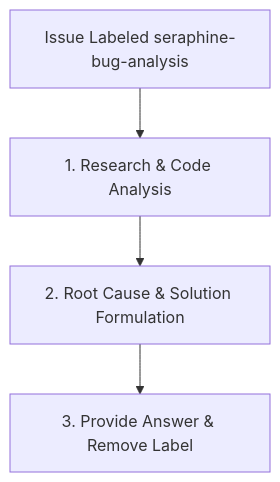
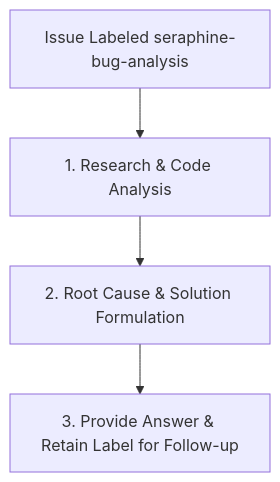
One commit to brotherlogic/seraphine changed the diagram in .agent/workflows/seraphine-bug-analysis.md. Above: the diagram before and after it, drawn with Mermaid. The commit also changed other lines of this file and 1 other file, not shown here.

Commit message:
Fix: retain seraphine-bug-analysis label for conversation. Closes #197 (#198)

````diff
--- a/.agent/workflows/seraphine-bug-analysis.md
+++ b/.agent/workflows/seraphine-bug-analysis.md
@@ -7,6 +7,6 @@
 ```mermaid
 graph TD
     A[Issue Labeled seraphine-bug-analysis] --> B[1. Research & Code Analysis]
     B --> C[2. Root Cause & Solution Formulation]
-    C --> D[3. Provide Answer & Remove Label]
+    C --> D[3. Provide Answer & Retain Label for Follow-up]
 ```
````
